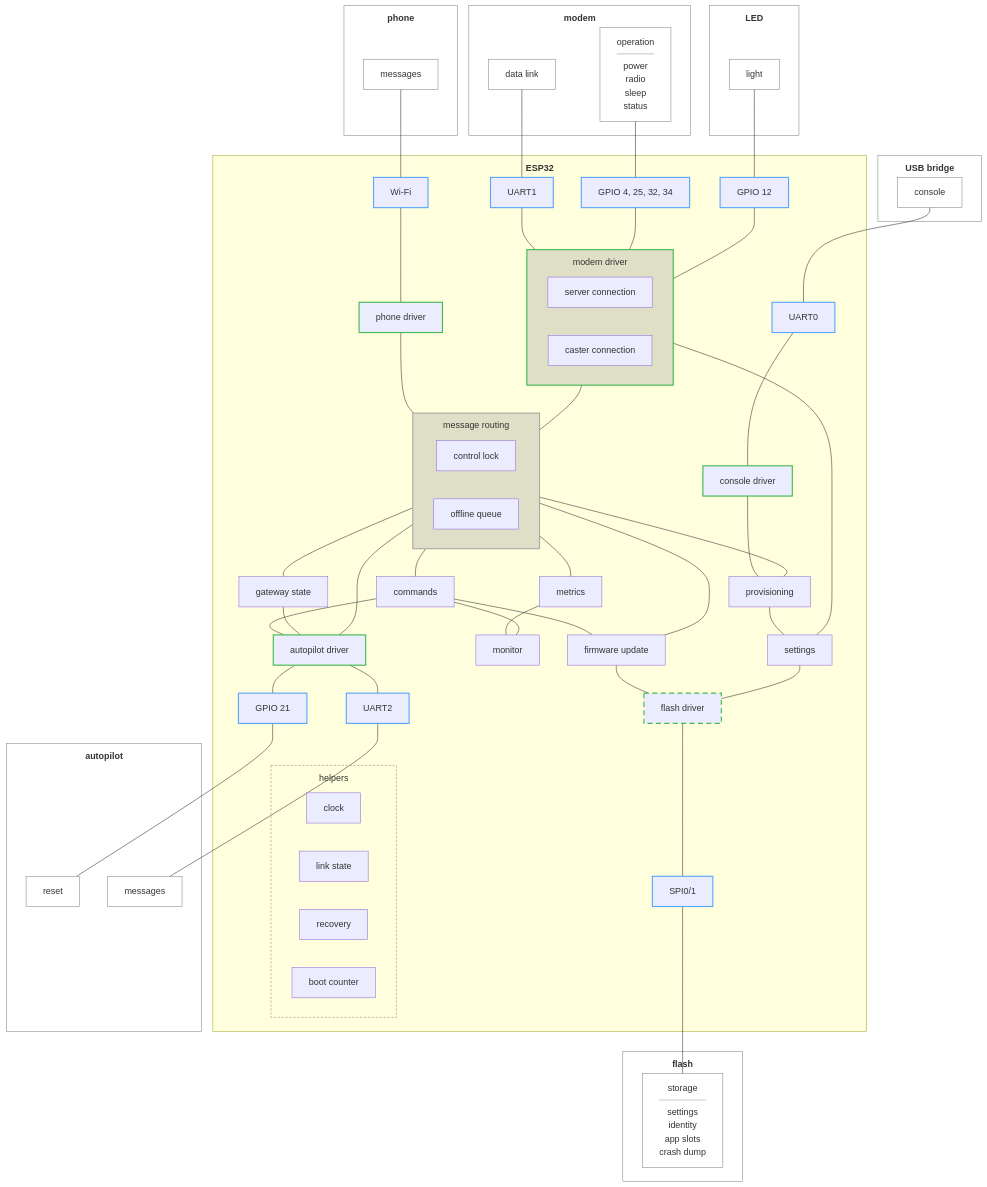
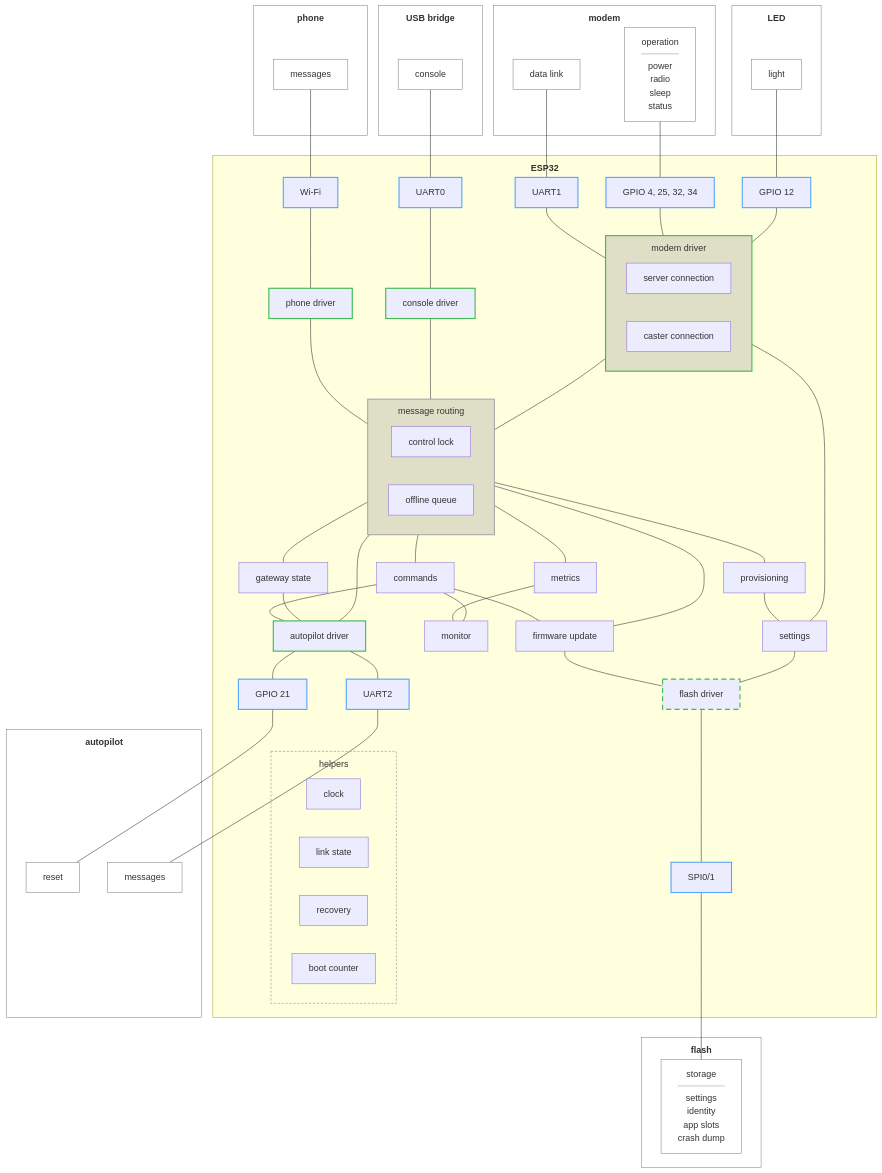
The diagram in .esp-architecture/diagrams/block-draft.md (rmx-lt/rmx-mower-gateway), drawn with Mermaid before and after one commit.

Commit message:
Draft: console driver into message routing

```diff
--- a/.esp-architecture/diagrams/block-draft.md
+++ b/.esp-architecture/diagrams/block-draft.md
@@ -73,7 +73,7 @@
   uparts --- u0 --- con
   phd --- msg
   msg --- prov
-  con --- prov
+  con --- msg
   conn --- msg
   msg --- upd
   msg --- cmd
```
